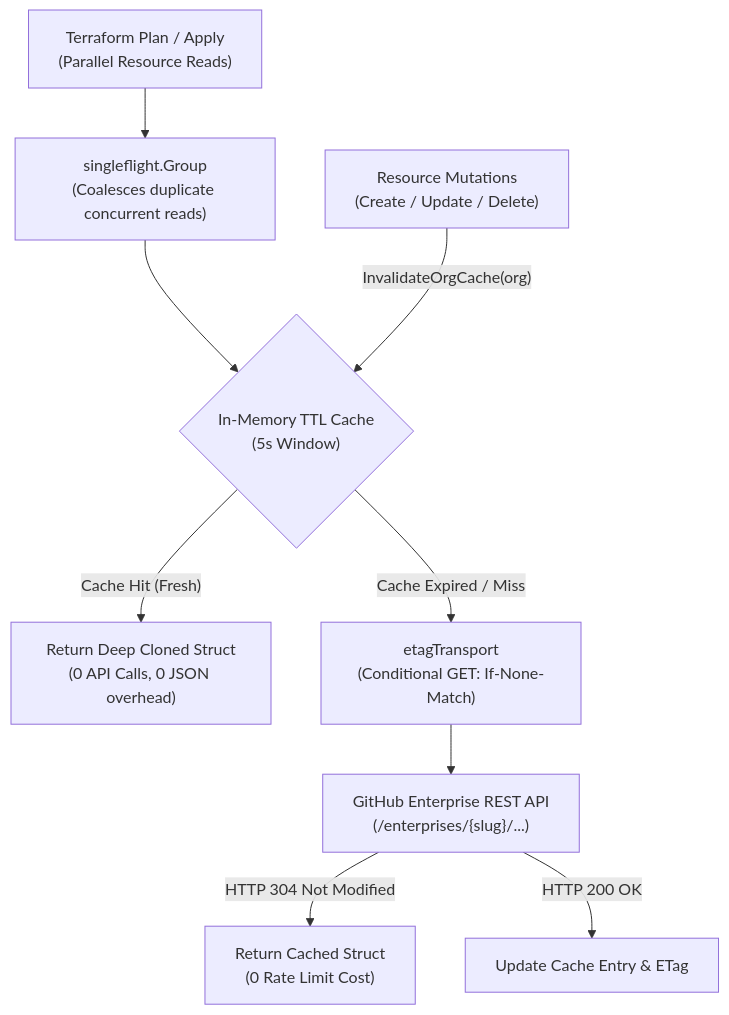
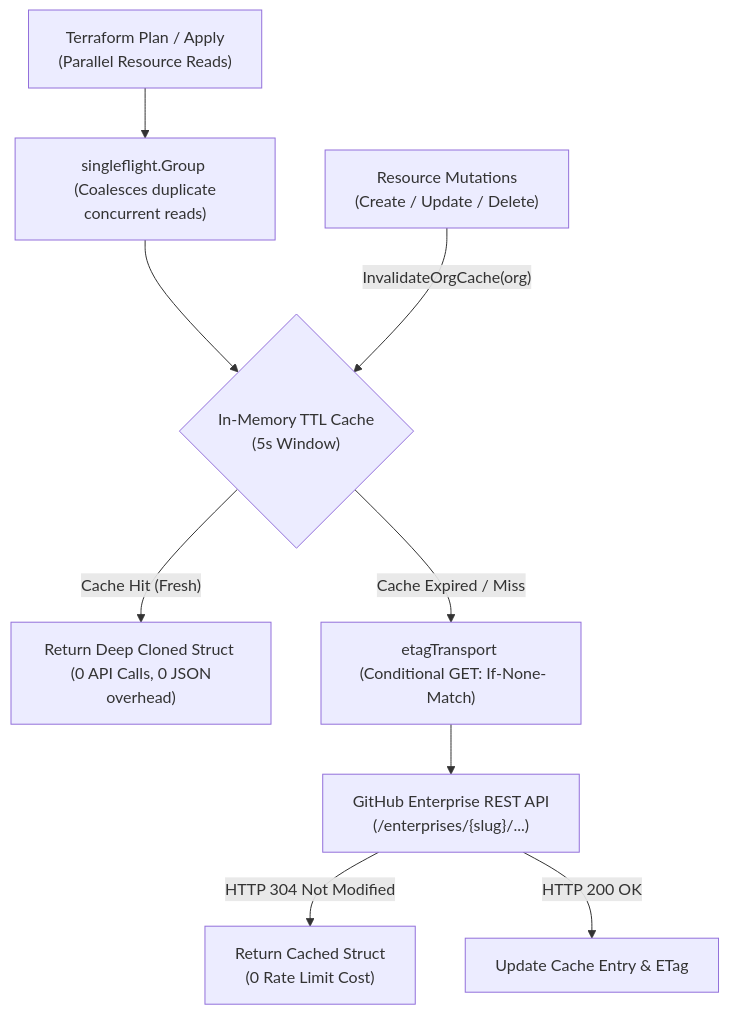
The second of 2 diagrams in DEVELOPMENT.md (google/terraform-provider-gh-app-unofficial), drawn with Mermaid before and after one commit. The commit also changed other lines of this file and 1 other file, not shown here.

````diff
--- a/DEVELOPMENT.md
+++ b/DEVELOPMENT.md
@@ -204,11 +204,11 @@
 ```mermaid
 graph TD
-    TF_PLAN["Terraform Plan / Apply<br/>(Parallel Resource Reads)"] --> SF["singleflight.Group<br/>(Coalesces duplicate concurrent reads)"]
-    SF --> CACHE{"In-Memory TTL Cache<br/>(5s Window)"}
-    CACHE -->|"Cache Hit (Fresh)"| MEM["Return Deep Cloned Struct<br/>(0 API Calls, 0 JSON overhead)"]
-    CACHE -->|"Cache Expired / Miss"| ETAG["etagTransport<br/>(Conditional GET: If-None-Match)"]
-    ETAG --> API["GitHub Enterprise REST API<br/>(/enterprises/{slug}/...)"]
-    API -->|"HTTP 304 Not Modified"| HIT["Return Cached Struct<br/>(0 Rate Limit Cost)"]
+    TF_PLAN["Terraform Plan / Apply <br/> (Parallel Resource Reads)"] --> SF["singleflight.Group <br/> (Coalesces duplicate concurrent reads)"]
+    SF --> CACHE{"In-Memory TTL Cache <br/> (5s Window)"}
+    CACHE -->|"Cache Hit (Fresh)"| MEM["Return Deep Cloned Struct <br/> (0 API Calls, 0 JSON overhead)"]
+    CACHE -->|"Cache Expired / Miss"| ETAG["etagTransport <br/> (Conditional GET: If-None-Match)"]
+    ETAG --> API["GitHub Enterprise REST API <br/> (/enterprises/{slug}/...)"]
+    API -->|"HTTP 304 Not Modified"| HIT["Return Cached Struct <br/> (0 Rate Limit Cost)"]
     API -->|"HTTP 200 OK"| UPDATE["Update Cache Entry & ETag"]
-    MUT["Resource Mutations<br/>(Create / Update / Delete)"] -->|"InvalidateOrgCache(org)"| CACHE
+    MUT["Resource Mutations <br/> (Create / Update / Delete)"] -->|"InvalidateOrgCache(org)"| CACHE
 ```
````
